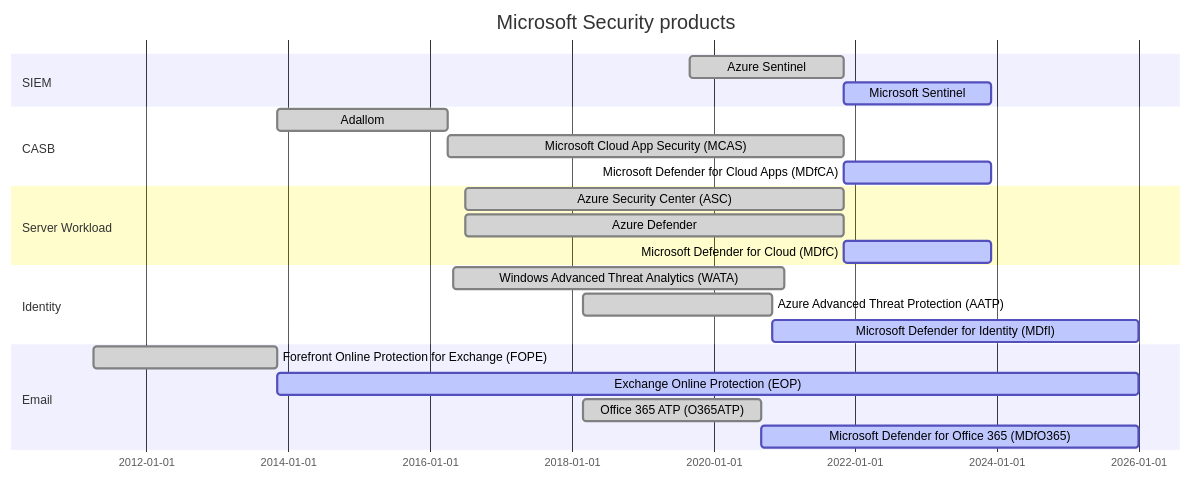
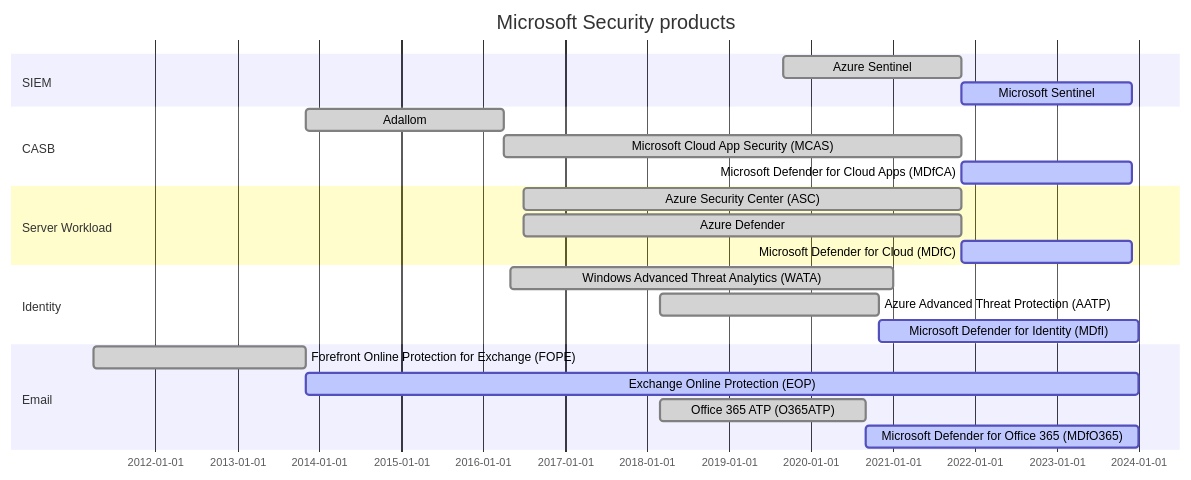
The second of 5 diagrams in README.md (jlaundry/MicrosoftNaming), drawn with Mermaid before and after one commit.

````diff
--- a/README.md
+++ b/README.md
@@ -36,32 +36,32 @@
 ```mermaid
 gantt
 dateFormat  YYYY-MM
 title Microsoft Security products
 excludes weekdays 2010-01-01
 
 section SIEM
 Azure Sentinel                            :done,   asentinel, 2019-09, 2021-11
 Microsoft Sentinel                        :active, msentinel, 2021-11, 2023-12
 
 section CASB
 Adallom                                   :done,     adallom, 2013-11, 2016-04
 Microsoft Cloud App Security (MCAS)       :done,        mcas, 2016-04, 2021-11
 Microsoft Defender for Cloud Apps (MDfCA) :active,     mdfca, 2021-11, 2023-12
 
 section Server Workload
 Azure Security Center (ASC)               :done,         asc, 2016-07, 2021-11
 Azure Defender                            :done,      azured, 2016-07, 2021-11
 Microsoft Defender for Cloud (MDfC)       :active,      mdfc, 2021-11, 2023-12
 
 section Identity
 Windows Advanced Threat Analytics (WATA)  :done,        wata, 2016-05, 2021-01
 Azure Advanced Threat Protection (AATP)   :done,        aatp, 2018-03, 2020-11
-Microsoft Defender for Identity (MDfI)    :active,      mdfi, 2020-11, 2026-01
+Microsoft Defender for Identity (MDfI)    :active,      mdfi, 2020-11, 2024-01
 
 section Email
 Forefront Online Protection for Exchange (FOPE)  :done,      fope, 2011-04, 2013-11
-Exchange Online Protection (EOP)                 :active,     eop, 2013-11, 2026-01
+Exchange Online Protection (EOP)                 :active,     eop, 2013-11, 2024-01
 Office 365 ATP (O365ATP)                         :done,   o365atp, 2018-03, 2020-09
-Microsoft Defender for Office 365 (MDfO365)      :active,    mdfi, 2020-09, 2026-01
+Microsoft Defender for Office 365 (MDfO365)      :active,    mdfi, 2020-09, 2024-01
 
 ```
````
